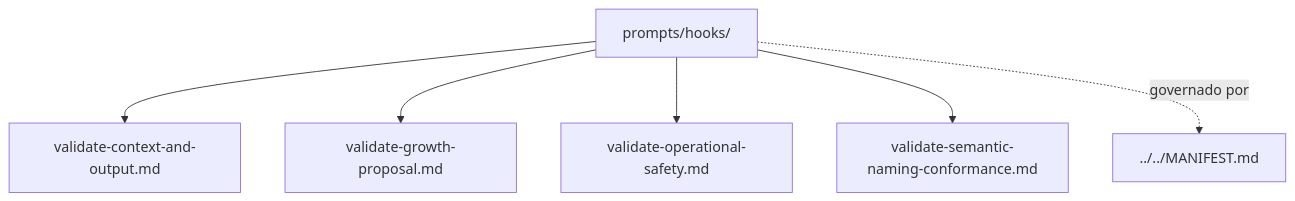
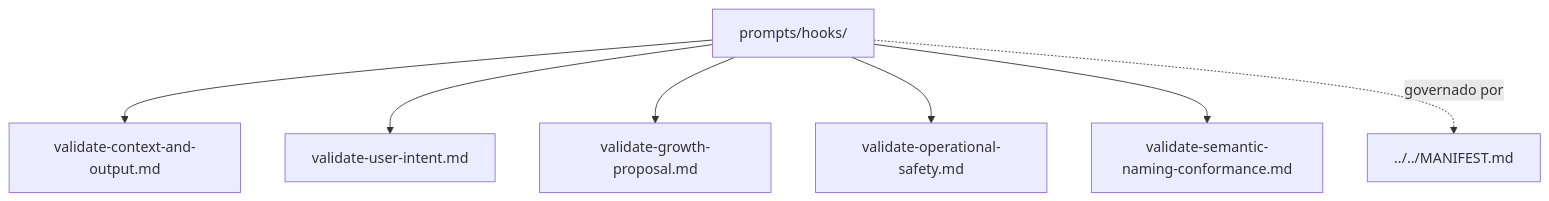
Before and after one commit to moreira-and/agent-ops: the diagram in prompts/hooks/README.md, drawn with Mermaid. The commit also changed other lines of this file and 18 other files, not shown here.

````diff
--- a/prompts/hooks/README.md
+++ b/prompts/hooks/README.md
@@ -88,9 +90,10 @@
 ```mermaid
 flowchart TD
     current["prompts/hooks/"]
     current --> n1["validate-context-and-output.md"]
-    current --> n2["validate-growth-proposal.md"]
-    current --> n3["validate-operational-safety.md"]
-    current --> n4["validate-semantic-naming-conformance.md"]
-    current -. "governado por" .-> n5["../../MANIFEST.md"]
+    current --> n2["validate-user-intent.md"]
+    current --> n3["validate-growth-proposal.md"]
+    current --> n4["validate-operational-safety.md"]
+    current --> n5["validate-semantic-naming-conformance.md"]
+    current -. "governado por" .-> n6["../../MANIFEST.md"]
 ```
````
